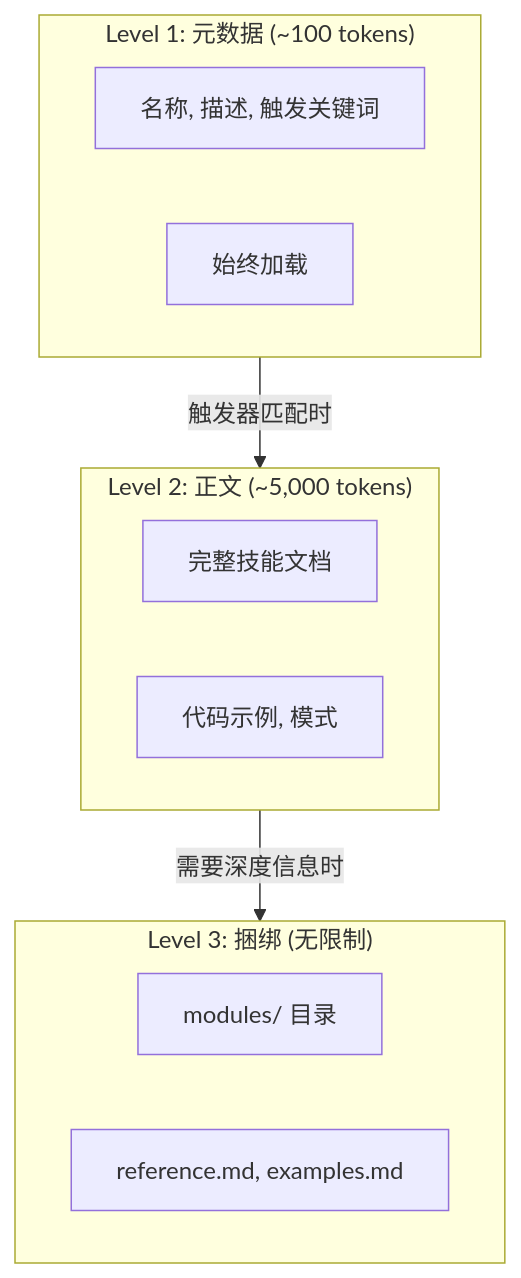
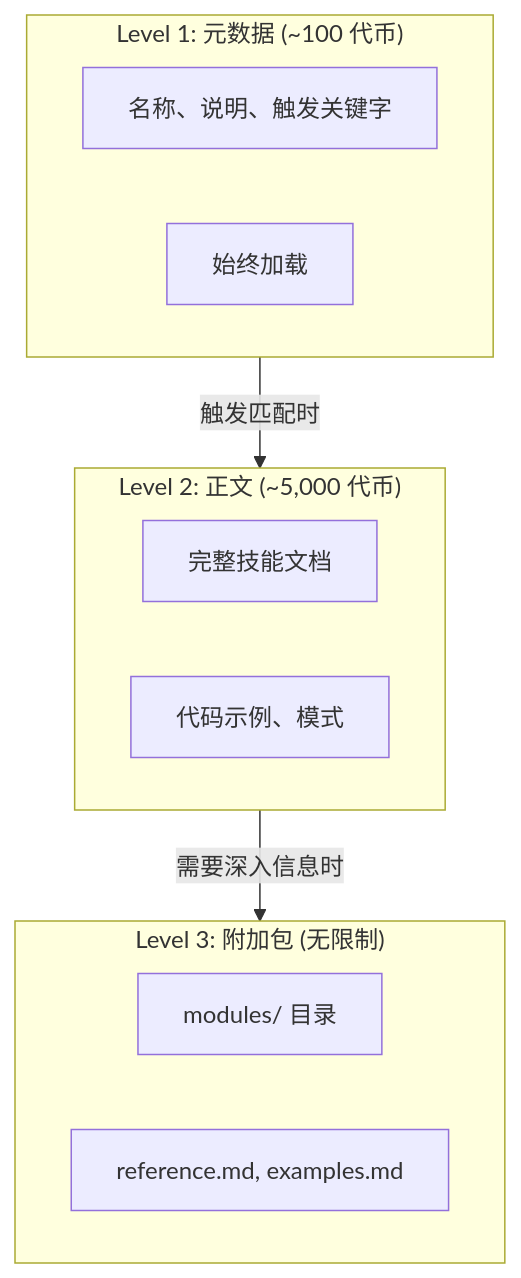
Before and after one commit to modu-ai/moai-adk: the second of 4 diagrams in docs-site/content/zh/advanced/skill-guide.md, drawn with Mermaid. The commit also changed other lines of this file and 395 other files, not shown here.

````diff
--- a/docs-site/content/zh/advanced/skill-guide.md
+++ b/docs-site/content/zh/advanced/skill-guide.md
@@ -122,21 +118,21 @@
 ```mermaid
 flowchart TD
-    subgraph L1["Level 1: 元数据 (~100 tokens)"]
-        M1["名称, 描述, 触发关键词"]
+    subgraph L1["Level 1: 元数据 (~100 代币)"]
+        M1["名称、说明、触发关键字"]
         M2["始终加载"]
     end
 
-    subgraph L2["Level 2: 正文 (~5,000 tokens)"]
+    subgraph L2["Level 2: 正文 (~5,000 代币)"]
         B1["完整技能文档"]
-        B2["代码示例, 模式"]
+        B2["代码示例、模式"]
     end
 
-    subgraph L3["Level 3: 捆绑 (无限制)"]
+    subgraph L3["Level 3: 附加包 (无限制)"]
         R1["modules/ 目录"]
         R2["reference.md, examples.md"]
     end
 
-    L1 -->|"触发器匹配时"| L2
-    L2 -->|"需要深度信息时"| L3
+    L1 -->|"触发匹配时"| L2
+    L2 -->|"需要深入信息时"| L3
 
 ```
````
